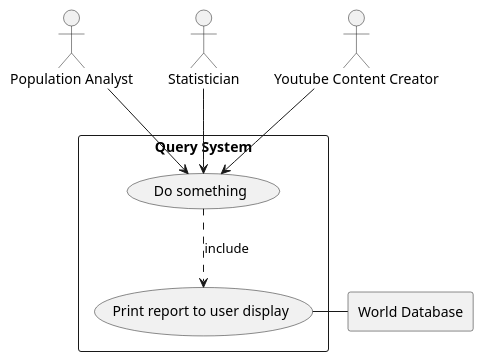
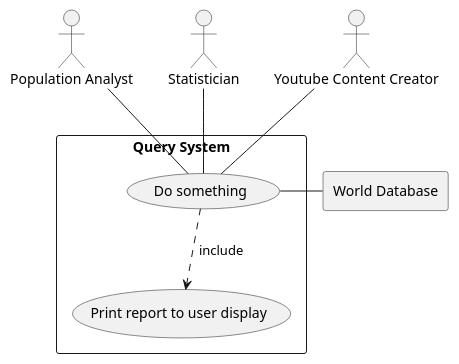
The diagram in docs/use-case/use-case-1.puml (glugg23/SET08103-G20), drawn with PlantUML before and after one commit.

```diff
--- a/docs/use-case/use-case-1.puml
+++ b/docs/use-case/use-case-1.puml
@@ -1,20 +1,21 @@
 @startuml
+
+rectangle "World Database" as S2
 
 :Population Analyst: as A1
 :Statistician: as A2
 :Youtube Content Creator: as A3
 
-rectangle "World Database" as S2
-
 rectangle "Query System" as S1 {
     (Print report to user display) as U1
     (Do something) as U2
-    A1 --> U2
-    A2 --> U2
-    A3 --> U2
-    U2 ..> U1 : include
-    U1 - S2
+
+    A1 -- U2
+    A2 -- U2
+    A3 -- U2
+    U2 ..> U1 : " include"
+    U2 - S2
 
 }
 
 @enduml
```
